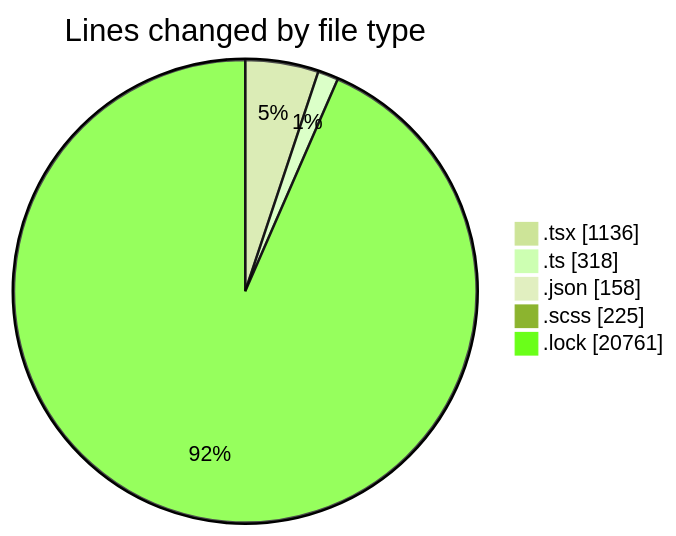
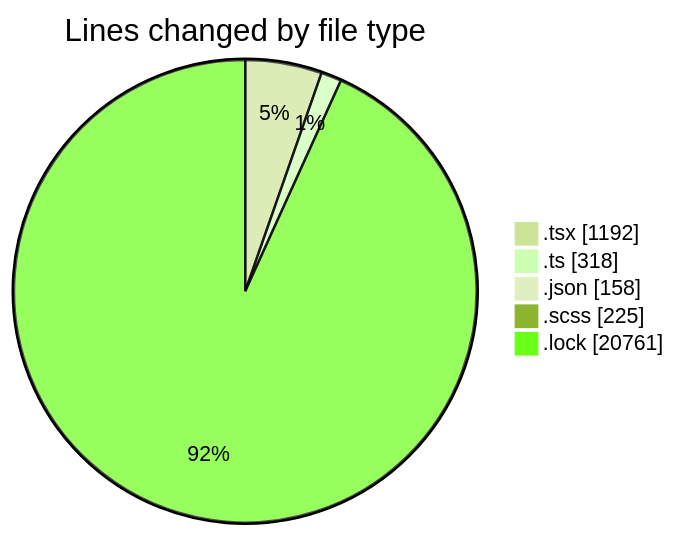
One commit to momahboobian/code-tracking changed the first of 2 diagrams in 2025-04-29/cda/README.md. Above: the diagram before and after it, drawn with Mermaid (forest theme). The commit also changed other lines of this file and 1 other file, not shown here.

````diff
--- a/2025-04-29/cda/README.md
+++ b/2025-04-29/cda/README.md
@@ -39,9 +39,9 @@
 ```mermaid
 pie showData
 title Lines changed by file type
-".tsx" : 1136
+".tsx" : 1192
 ".ts" : 318
 ".json" : 158
 ".scss" : 225
 ".lock" : 20761
 ```
````
